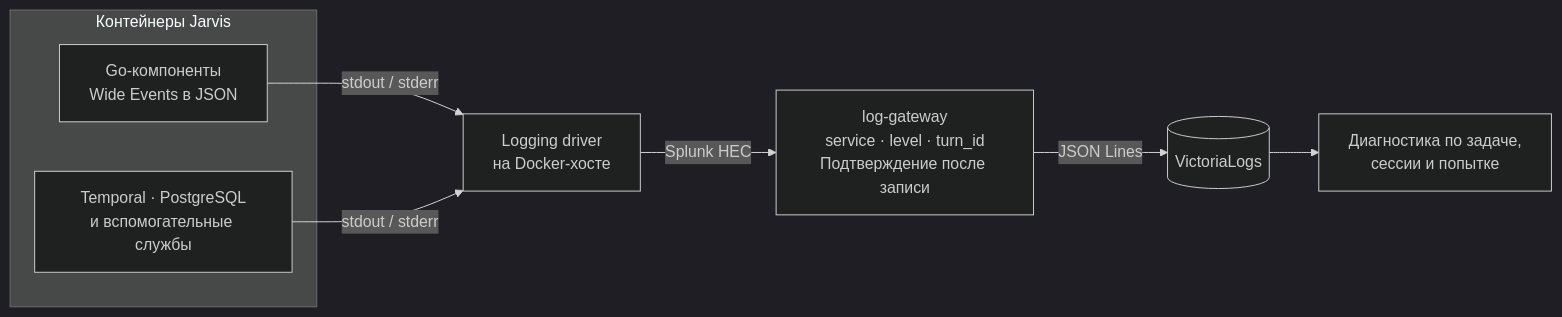
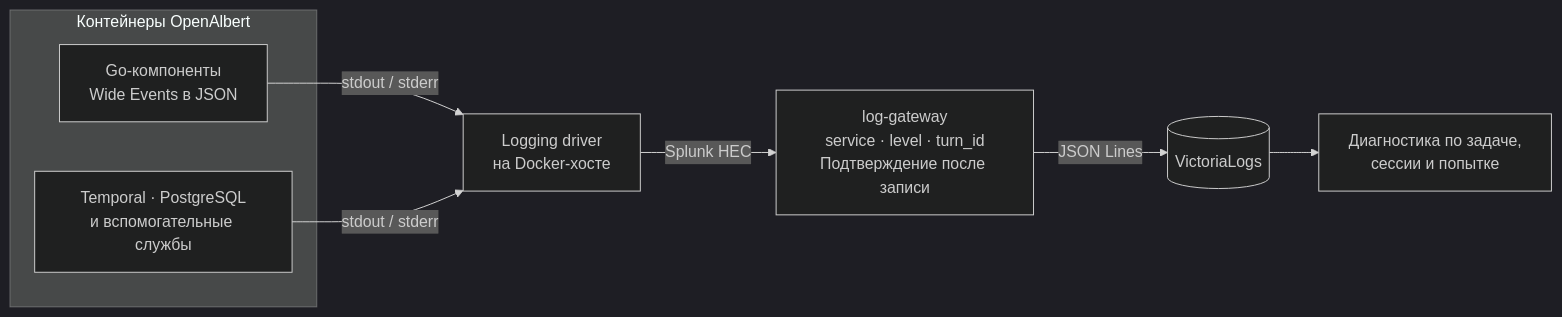
The diagram in docs/diagrams/logging-pipeline.mmd (mishankov/OpenAlbert), drawn with Mermaid (dark theme) before and after one commit. The commit also changed 144 other files, not shown here.

Commit message:
Prepare OpenAlbert CI, multi-platform images and deployment

```diff
--- a/docs/diagrams/logging-pipeline.mmd
+++ b/docs/diagrams/logging-pipeline.mmd
@@ -1,16 +1,16 @@
 flowchart LR
     accTitle: Доставка логов в VictoriaLogs
-    accDescr: Собственный код Jarvis формирует широкие события, инфраструктура пишет штатные логи, и все контейнеры отправляют потоки через logging driver в VictoriaLogs.
-    subgraph Containers["Контейнеры Jarvis"]
+    accDescr: Собственный код OpenAlbert формирует широкие события, инфраструктура пишет штатные логи, и все контейнеры отправляют потоки через logging driver в VictoriaLogs.
+    subgraph Containers["Контейнеры OpenAlbert"]
         App["Go-компоненты<br/>Wide Events в JSON"]
         Infra["Temporal · PostgreSQL<br/>и вспомогательные службы"]
     end
     Driver["Logging driver<br/>на Docker-хосте"]
     Normalize["log-gateway<br/>service · level · turn_id<br/>Подтверждение после записи"]
     Logs[("VictoriaLogs")]
     Query["Диагностика по задаче,<br/>сессии и попытке"]
     App -->|"stdout / stderr"| Driver
     Infra -->|"stdout / stderr"| Driver
     Driver -->|"Splunk HEC"| Normalize
     Normalize -->|"JSON Lines"| Logs
     Logs --> Query
```
